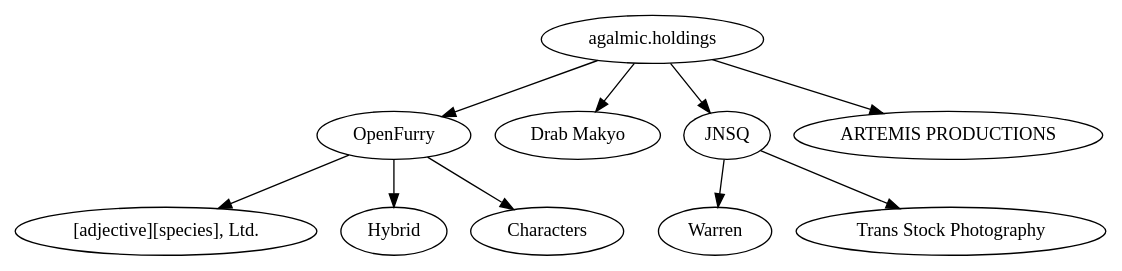
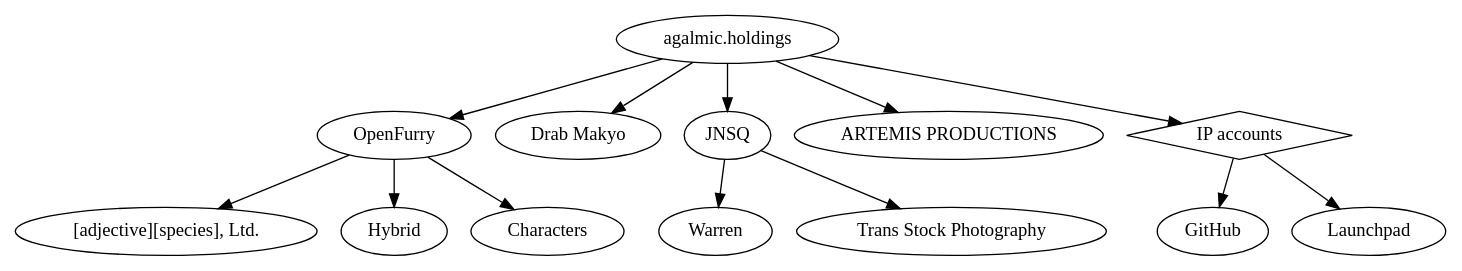
One commit to makyo/agalmic.holdings changed the diagram in assets.dot. Above: the diagram before and after it, drawn with Graphviz. The commit also changed 6 other files, not shown here.

```diff
--- a/assets.dot
+++ b/assets.dot
@@ -1,84 +1,93 @@
 digraph agalmic_holdings {
 	node [fontname = "Antykwa Torunska"]
 
 	"agalmic.holdings" [URL = "http://agalmic.holdings"]
 
 	"OpenFurry" [URL = "http://openfurry.org"]
 	"agalmic.holdings" -> "OpenFurry"
 
 		"[adjective][species], Ltd." [URL = "http://adjectivespecies.com"]
 		"OpenFurry" -> "[adjective][species], Ltd."
 
 			/*"[adjective][species]" [URL = "http://adjectivespecies.com"]
 			"[adjective][species], Ltd." -> "[adjective][species]"
 
 
 			"Love ◦ Sex ◦ Fur" [URL = "http://lovesexfur.com"]
 			"[adjective][species], Ltd." -> "Love ◦ Sex ◦ Fur"
 
 			"The Furry Poll" [URL = "https://furrypoll.com"]
 			"[adjective][species], Ltd." -> "The Furry Poll"
 
 			asAccounts [label = "[a][s] Accounts"]
 			"[adjective][species], Ltd." -> asAccounts
 
 				"[a][s] on Twitter" [URL = "https://twitter.com/adjspecies"]
 				asAccounts -> "[a][s] on Twitter"
 
 				"LSF on Twitter" [URL = "https://twitter.com/lovesexfur"]
 				asAccounts -> "LSF on Twitter"
 
 				"[a][s] on Slack" [URL = "https://adjectivespecies.slack.com"]
 				asAccounts -> "[a][s] on Slack"
 
 				"[a][s] on GitHub" [URL = "https://github.com/adjspecies"]
 				asAccounts -> "[a][s] on GitHub"*/
 
 		"Hybrid" [URL = "http://hybrid.ink"]
 		"OpenFurry" -> "Hybrid"
 
 			/*hybridAccounts [label = "Hybrid accounts"]
 			"Hybrid" -> hybridAccounts
 
 				"Hybrid on Twitter" [URL = "https://twitter.com/hybrid_ink"]
 				hybridAccounts -> "Hybrid on Twitter"*/
 
 		"Characters" [URL = "http://characters.openfurry.org"]
 		"OpenFurry" -> "Characters"
 
 	"Drab Makyo" [URL = "http://drab-makyo.com"]
 	"agalmic.holdings" -> "Drab Makyo"
 
 		/*"Writing | Drab Makyo" [URL = "http://writing.drab-makyo.com"]
 		"Drab Makyo" -> "Writing | Drab Makyo"
 
 		"Photography" [URL = "http://makyo.photography"]
 		"Drab Makyo" -> "Photography"
 
 		dmAccounts [label = "Drab Makyo accounts"]
 		"Drab Makyo" -> dmAccounts
 
 			"(Personal Accounts)" [shape = "diamond"]
 			dmAccounts -> "(Personal Accounts)"
 
 			"Madison on GitHub" [URL = "https://github.com/makyo"]
 			dmAccounts -> "Madison on GitHub"
 
 			"Madison on Launchpad" [URL = "https://launchpad.net/~makyo"]
 			dmAccounts -> "Madison on Launchpad"*/
 
 	"JNSQ" [URL = "http://jnsq.us"]
 	"agalmic.holdings" -> "JNSQ"
 
-		"Warren" [URL = "warren.community"]
+		"Warren" [URL = "https://warren.community"]
 		"JNSQ" -> "Warren"
 
 		"Trans Stock Photography" [URL = "transstock.photography"]
 		"JNSQ" -> "Trans Stock Photography"
 
 		/*"polycul.es" [URL = "http://polycul.es"]
 		"JNSQ" -> "polycul.es"*/
 
 	"ARTEMIS PRODUCTIONS" [URL = "http://artemis.productions"]
 	"agalmic.holdings" -> "ARTEMIS PRODUCTIONS"
+
+	"IP accounts" [shape = "diamond"]
+	"agalmic.holdings" -> "IP accounts"
+
+		"GitHub" [URL = "https://github.com/makyo"]
+		"IP accounts" -> "GitHub"
+
+		"Launchpad" [URL = "https://launchpad.net/~makyo"]
+		"IP accounts" -> "Launchpad"
 }
```
